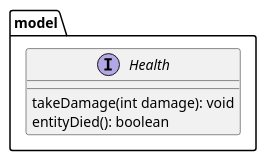
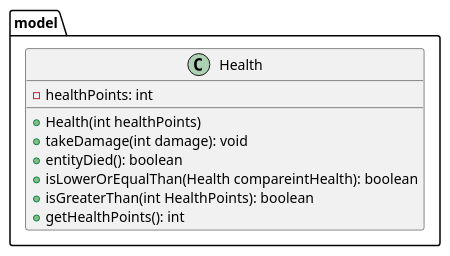
Before and after one commit to alejandrodelcs/algo3_tp2: the diagram in diagrams/classes/algoDefense/model/health/Health.puml, drawn with PlantUML. The commit also changed 63 other files, not shown here.

Commit message:
Every single class diagram done

```diff
--- a/diagrams/classes/algoDefense/model/health/Health.puml
+++ b/diagrams/classes/algoDefense/model/health/Health.puml
@@ -1,11 +1,16 @@
 @startuml
 'https://plantuml.com/class-diagram
 
 package model {
-    interface Health {
-        takeDamage(int damage): void
-        entityDied(): boolean
+    class Health {
+        - healthPoints: int
+        + Health(int healthPoints)
+        + takeDamage(int damage): void
+        + entityDied(): boolean
+        + isLowerOrEqualThan(Health compareintHealth): boolean
+        + isGreaterThan(int HealthPoints): boolean
+        + getHealthPoints(): int
     }
 }
 
 @enduml
```
